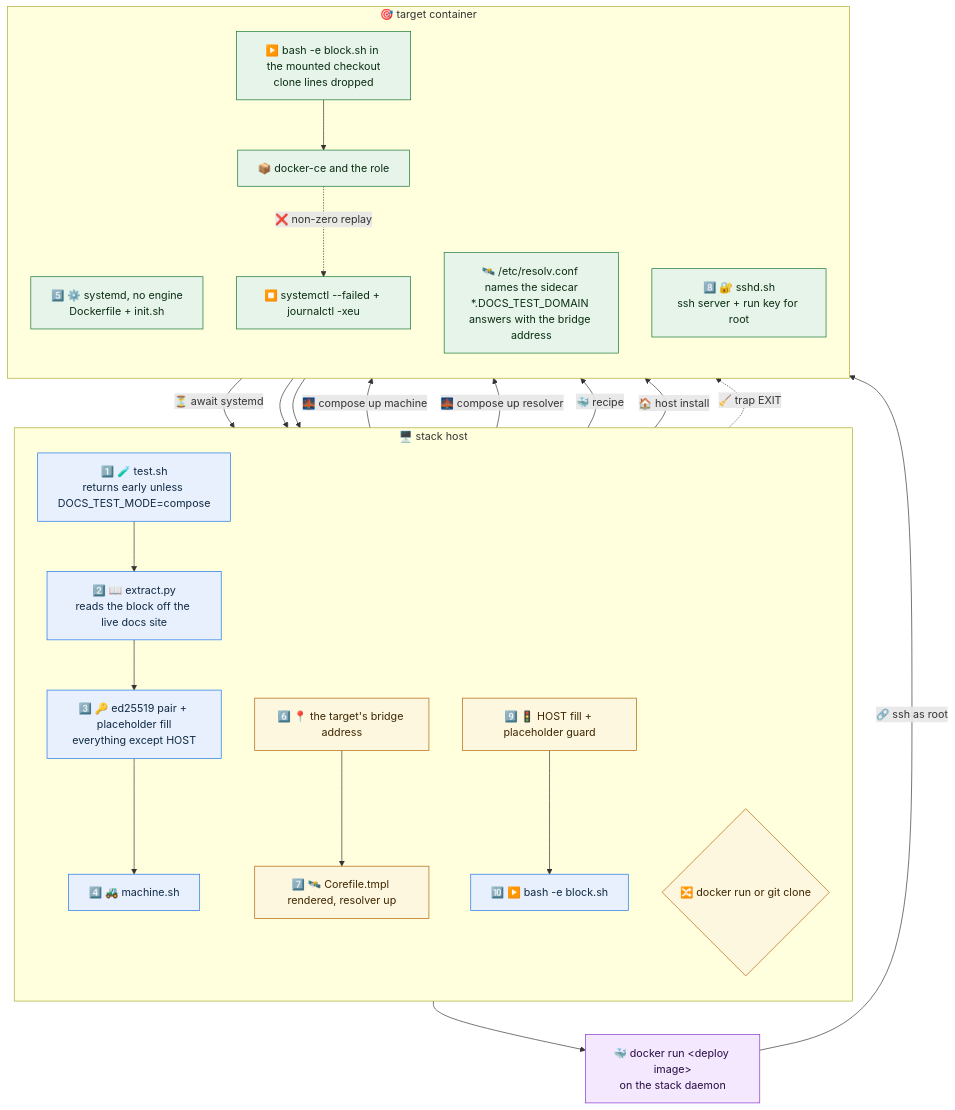
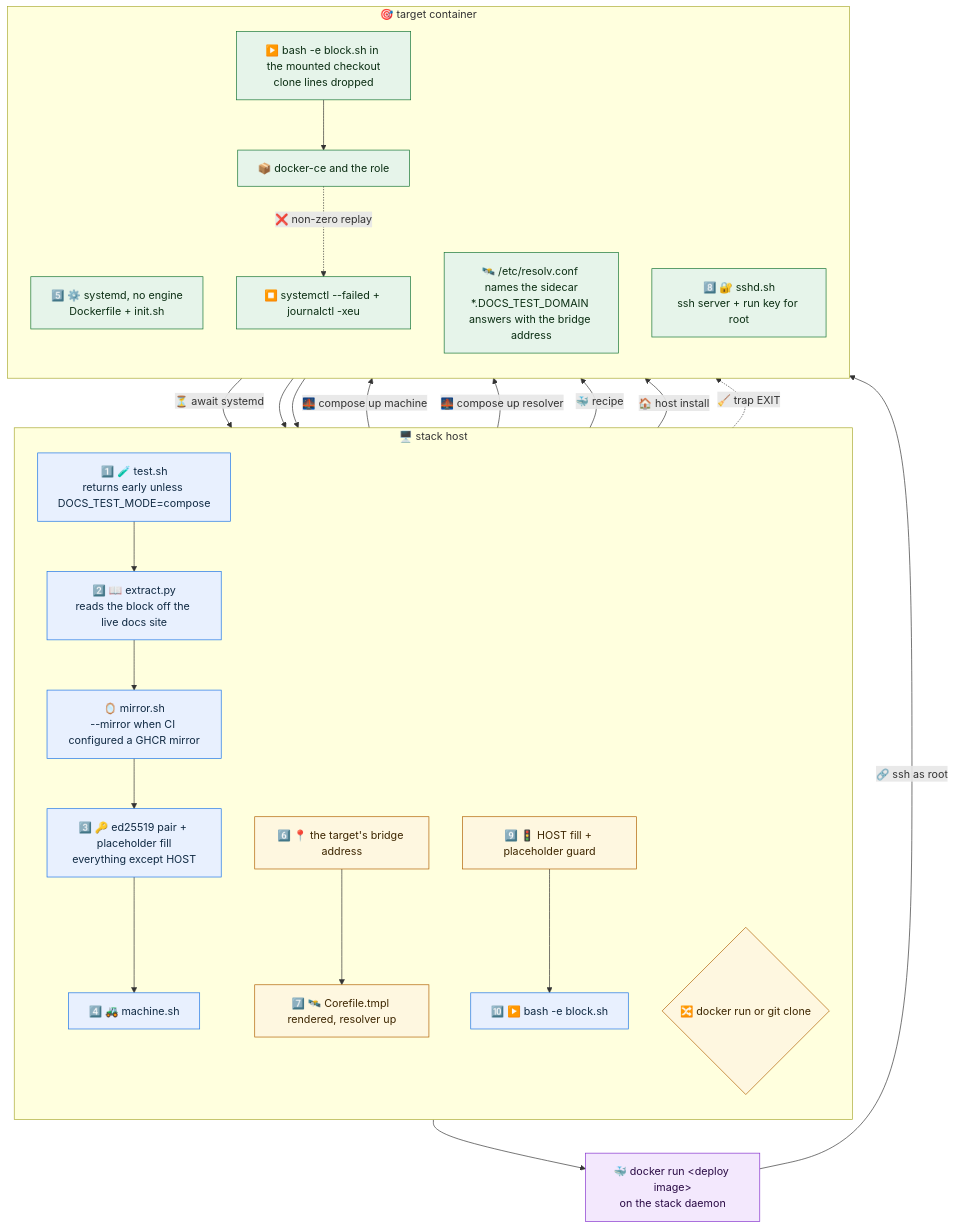
Before and after one commit to infinito-nexus/core: the diagram in roles/web-app-docs/files/test/README.md, drawn with Mermaid. The commit also changed other lines of this file and 4 other files, not shown here.

````diff
--- a/roles/web-app-docs/files/test/README.md
+++ b/roles/web-app-docs/files/test/README.md
@@ -22,51 +22,52 @@
 ```mermaid
 flowchart TD
     subgraph HOST["🖥️ stack host"]
         direction TB
         TEST["1️⃣ 🧪 test.sh<br>returns early unless DOCS_TEST_MODE=compose"]
         EXTRACT["2️⃣ 📖 extract.py<br>reads the block off the live docs site"]
+        MIRRORED["🪞 mirror.sh<br>--mirror when CI configured a GHCR mirror"]
         FILL["3️⃣ 🔑 ed25519 pair + placeholder fill<br>everything except HOST"]
         MACHINE["4️⃣ 🚜 machine.sh"]
         ADDR["6️⃣ 📍 the target's bridge address"]
         DNS["7️⃣ 🛰️ Corefile.tmpl rendered, resolver up"]
         SHAPE{"🔀 docker run or git clone"}
         GUARD["9️⃣ 🚦 HOST fill + placeholder guard"]
         BLOCK["🔟 ▶️ bash -e block.sh"]
     end
 
     subgraph TARGET["🎯 target container"]
         direction TB
         INIT["5️⃣ ⚙️ systemd, no engine<br>Dockerfile + init.sh"]
         RESOLV["🛰️ /etc/resolv.conf names the sidecar<br>*.DOCS_TEST_DOMAIN answers with the bridge address"]
         SSHD["8️⃣ 🔐 sshd.sh<br>ssh server + run key for root"]
         HOSTRUN["▶️ bash -e block.sh in the mounted checkout<br>clone lines dropped"]
         DEPLOYED["📦 docker-ce and the role"]
         FAILED["⏹️ systemctl --failed + journalctl -xeu"]
     end
 
     RECIPE["🐳 docker run &lt;deploy image&gt;<br>on the stack daemon"]
 
-    TEST --> EXTRACT --> FILL --> MACHINE
+    TEST --> EXTRACT --> MIRRORED --> FILL --> MACHINE
     MACHINE -->|"🌉 compose up machine"| INIT
     INIT -->|"⏳ await systemd"| ADDR
     ADDR --> DNS
     DNS -->|"🌉 compose up resolver"| RESOLV
     RESOLV --> SHAPE
     SHAPE -->|"🐳 recipe"| SSHD
     SHAPE -->|"🏠 host install"| HOSTRUN
     SSHD --> GUARD --> BLOCK
     BLOCK --> RECIPE
     RECIPE -->|"🔗 ssh as root"| DEPLOYED
     HOSTRUN --> DEPLOYED
     DEPLOYED -.->|"❌ non-zero replay"| FAILED
     MACHINE -.->|"🧹 trap EXIT"| TARGET
 
     classDef host fill:#e8f0fe,stroke:#1a73e8,color:#102a43;
     classDef target fill:#e6f4ea,stroke:#137333,color:#0b2e13;
     classDef pivot fill:#fef7e0,stroke:#b06000,color:#3d2600;
     classDef recipe fill:#f3e8fd,stroke:#8430ce,color:#2a0b45;
-    class TEST,EXTRACT,FILL,MACHINE,BLOCK host;
+    class TEST,EXTRACT,MIRRORED,FILL,MACHINE,BLOCK host;
     class INIT,RESOLV,SSHD,HOSTRUN,DEPLOYED,FAILED target;
     class SHAPE,ADDR,DNS,GUARD pivot;
     class RECIPE recipe;
 ```
````
